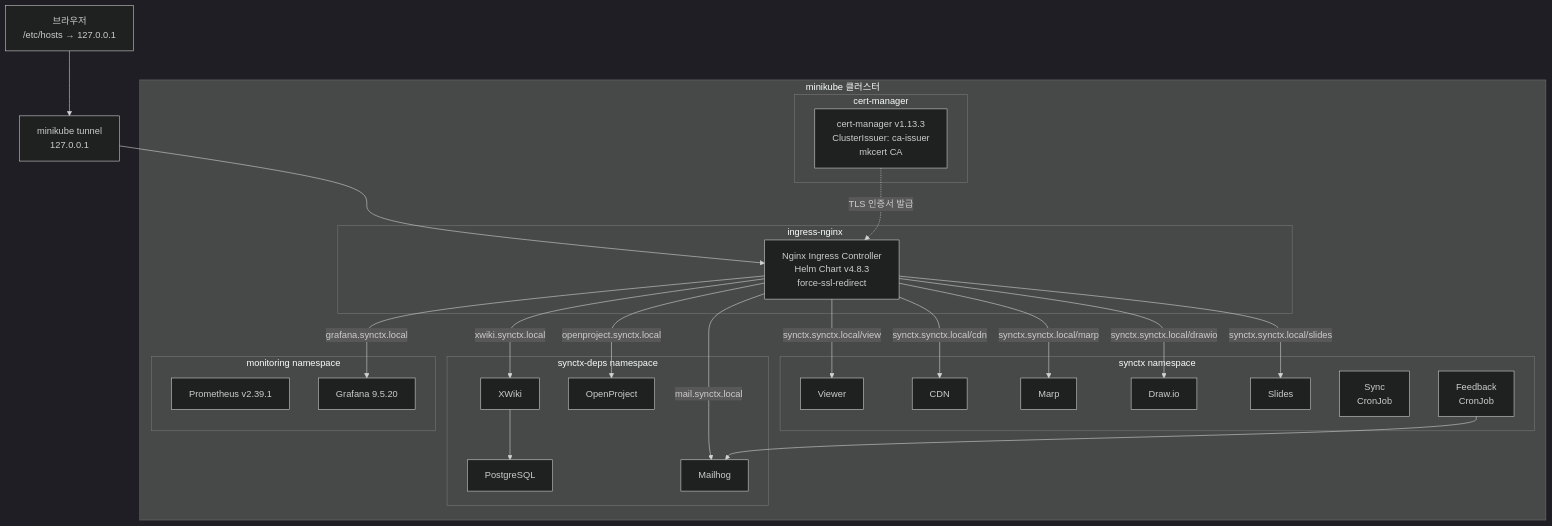
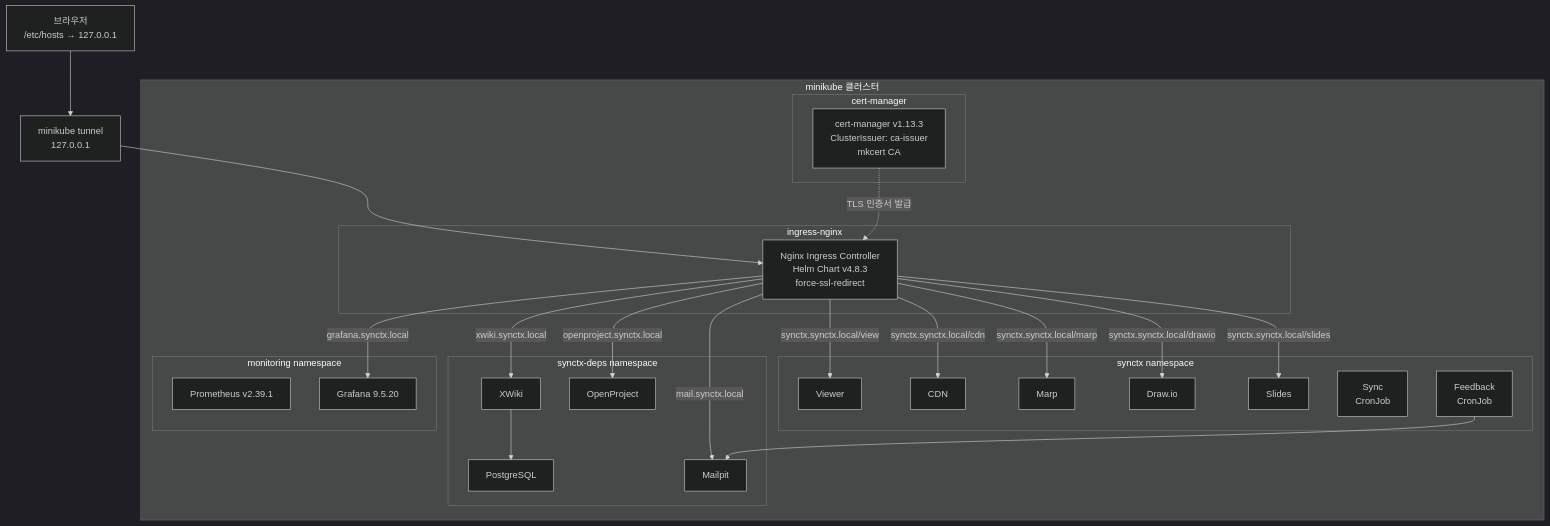
One commit to sch0718/synctx changed the diagram in docs/local-development.md. Above: the diagram before and after it, drawn with Mermaid (dark theme). The commit also changed other lines of this file and 33 other files, not shown here.

````diff
--- a/docs/local-development.md
+++ b/docs/local-development.md
@@ -61,55 +63,55 @@
 ```mermaid
 flowchart TB
     Browser["브라우저\n/etc/hosts → 127.0.0.1"]
     Tunnel["minikube tunnel\n127.0.0.1"]
 
     Browser --> Tunnel
 
     subgraph Minikube["minikube 클러스터"]
         subgraph IngressNS["ingress-nginx"]
             Ingress["Nginx Ingress Controller\nHelm Chart v4.8.3\nforce-ssl-redirect"]
         end
 
         subgraph CertNS["cert-manager"]
             CertMgr["cert-manager v1.13.3\nClusterIssuer: ca-issuer\nmkcert CA"]
         end
 
         subgraph SynctxNS["synctx namespace"]
             Viewer["Viewer"]
             CDN["CDN"]
             Marp["Marp"]
             DrawIO["Draw.io"]
             Slides["Slides"]
             Sync["Sync\nCronJob"]
             Feedback["Feedback\nCronJob"]
         end
 
         subgraph DepsNS["synctx-deps namespace"]
             XWiki["XWiki"]
             Postgres["PostgreSQL"]
             OP["OpenProject"]
-            Mailhog["Mailhog"]
+            Mailpit["Mailpit"]
         end
 
         subgraph MonNS["monitoring namespace"]
             Prometheus["Prometheus v2.39.1"]
             Grafana["Grafana 9.5.20"]
         end
     end
 
     Tunnel --> Ingress
 
     Ingress -- "synctx.synctx.local/view" --> Viewer
     Ingress -- "synctx.synctx.local/cdn" --> CDN
     Ingress -- "synctx.synctx.local/marp" --> Marp
     Ingress -- "synctx.synctx.local/drawio" --> DrawIO
     Ingress -- "synctx.synctx.local/slides" --> Slides
     Ingress -- "xwiki.synctx.local" --> XWiki
     Ingress -- "openproject.synctx.local" --> OP
-    Ingress -- "mail.synctx.local" --> Mailhog
+    Ingress -- "mail.synctx.local" --> Mailpit
     Ingress -- "grafana.synctx.local" --> Grafana
 
     CertMgr -.->|TLS 인증서 발급| Ingress
     XWiki --> Postgres
-    Feedback --> Mailhog
+    Feedback --> Mailpit
 ```
````
